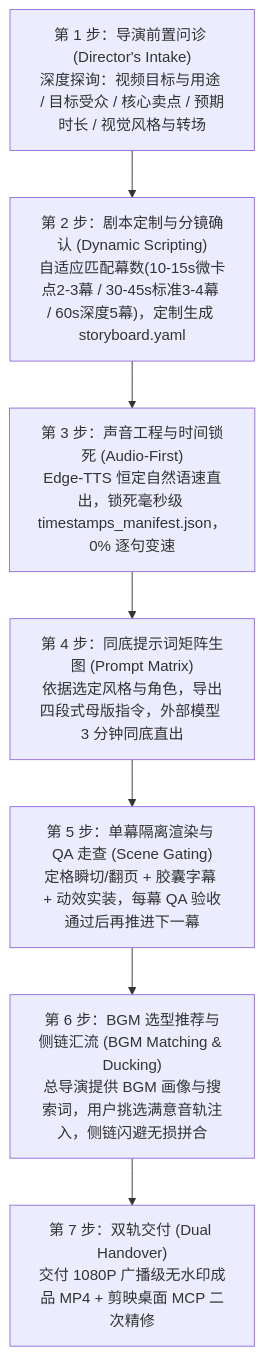
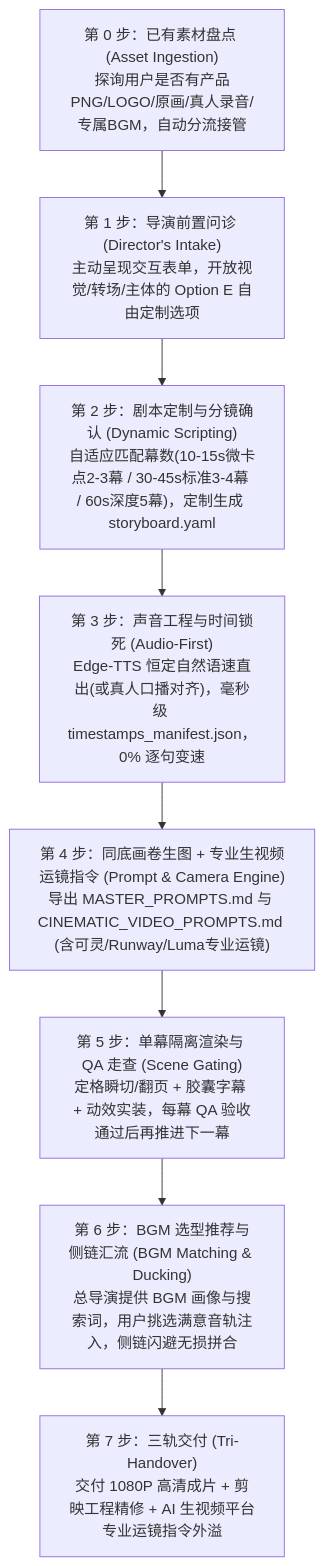
One commit to Bruceqiu67/human-ai-video-director changed the diagram in .gemini/skills/human-ai-video-director/SKILL.md. Above: the diagram before and after it, drawn with Mermaid. The commit also changed other lines of this file and 6 other files, not shown here.

Commit message:
feat(prompt): add cinematic video directing engine, user asset ingestion, and freeform customization

````diff
--- a/.gemini/skills/human-ai-video-director/SKILL.md
+++ b/.gemini/skills/human-ai-video-director/SKILL.md
@@ -20,10 +20,11 @@
 ```mermaid
 flowchart TD
-    S0["第 1 步：导演前置问诊 (Director's Intake)<br/>深度探询：视频目标与用途 / 目标受众 / 核心卖点 / 预期时长 / 视觉风格与转场"] --> S1
-    S1["第 2 步：剧本定制与分镜确认 (Dynamic Scripting)<br/>自适应匹配幕数(10-15s微卡点2-3幕 / 30-45s标准3-4幕 / 60s深度5幕)，定制生成 storyboard.yaml"] --> S2
-    S2["第 3 步：声音工程与时间锁死 (Audio-First)<br/>Edge-TTS 恒定自然语速直出，锁死毫秒级 timestamps_manifest.json，0% 逐句变速"] --> S3
-    S3["第 4 步：同底提示词矩阵生图 (Prompt Matrix)<br/>依据选定风格与角色，导出四段式母版指令，外部模型 3 分钟同底直出"] --> S4
-    S4["第 5 步：单幕隔离渲染与 QA 走查 (Scene Gating)<br/>定格瞬切/翻页 + 胶囊字幕 + 动效实装，每幕 QA 验收通过后再推进下一幕"] --> S5
-    S5["第 6 步：BGM 选型推荐与侧链汇流 (BGM Matching & Ducking)<br/>总导演提供 BGM 画像与搜索词，用户挑选满意音轨注入，侧链闪避无损拼合"] --> S6
-    S6["第 7 步：双轨交付 (Dual Handover)<br/>交付 1080P 广播级无水印成品 MP4 + 剪映桌面 MCP 二次精修"]
+    S0["第 0 步：已有素材盘点 (Asset Ingestion)<br/>探询用户是否有产品PNG/LOGO/原画/真人录音/专属BGM，自动分流接管"] --> S1
+    S1["第 1 步：导演前置问诊 (Director's Intake)<br/>主动呈现交互表单，开放视觉/转场/主体的 Option E 自由定制选项"] --> S2
+    S2["第 2 步：剧本定制与分镜确认 (Dynamic Scripting)<br/>自适应匹配幕数(10-15s微卡点2-3幕 / 30-45s标准3-4幕 / 60s深度5幕)，定制生成 storyboard.yaml"] --> S3
+    S3["第 3 步：声音工程与时间锁死 (Audio-First)<br/>Edge-TTS 恒定自然语速直出(或真人口播对齐)，毫秒级 timestamps_manifest.json，0% 逐句变速"] --> S4
+    S4["第 4 步：同底画卷生图 + 专业生视频运镜指令 (Prompt & Camera Engine)<br/>导出 MASTER_PROMPTS.md 与 CINEMATIC_VIDEO_PROMPTS.md (含可灵/Runway/Luma专业运镜)"] --> S5
+    S5["第 5 步：单幕隔离渲染与 QA 走查 (Scene Gating)<br/>定格瞬切/翻页 + 胶囊字幕 + 动效实装，每幕 QA 验收通过后再推进下一幕"] --> S6
+    S6["第 6 步：BGM 选型推荐与侧链汇流 (BGM Matching & Ducking)<br/>总导演提供 BGM 画像与搜索词，用户挑选满意音轨注入，侧链闪避无损拼合"] --> S7
+    S7["第 7 步：三轨交付 (Tri-Handover)<br/>交付 1080P 高清成片 + 剪映工程精修 + AI 生视频平台专业运镜指令外溢"]
 ```
````
